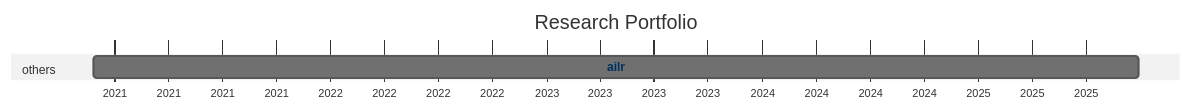
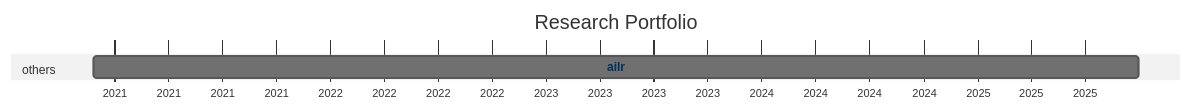
One commit to digital-work-lab/handbook changed the diagram in docs/20-research/25-projects-gantt.md. Above: the diagram before and after it, drawn with Mermaid (neutral theme). The commit also changed 1 other file, not shown here.

Commit message:
Update repository overview

````diff
--- a/docs/20-research/25-projects-gantt.md
+++ b/docs/20-research/25-projects-gantt.md
@@ -8,21 +8,21 @@
 ```mermaid
 ---
 displayMode: compact
 ---
 gantt
 title Research Portfolio
 dateFormat YYYY-MM-DD
 axisFormat %Y
 
     section work_practices
 
     section distributed_organizing
 
     section knowledge_synthesis
 
     section others
-        ailr :ailr, 2020-11-26, 2025-09-29
+        ailr :ailr, 2020-11-26, 2025-09-30
 
 
     click ailr href "{{ site.baseurl }}/docs/10-lab/18-resources/ailr.html"
 ```
````
